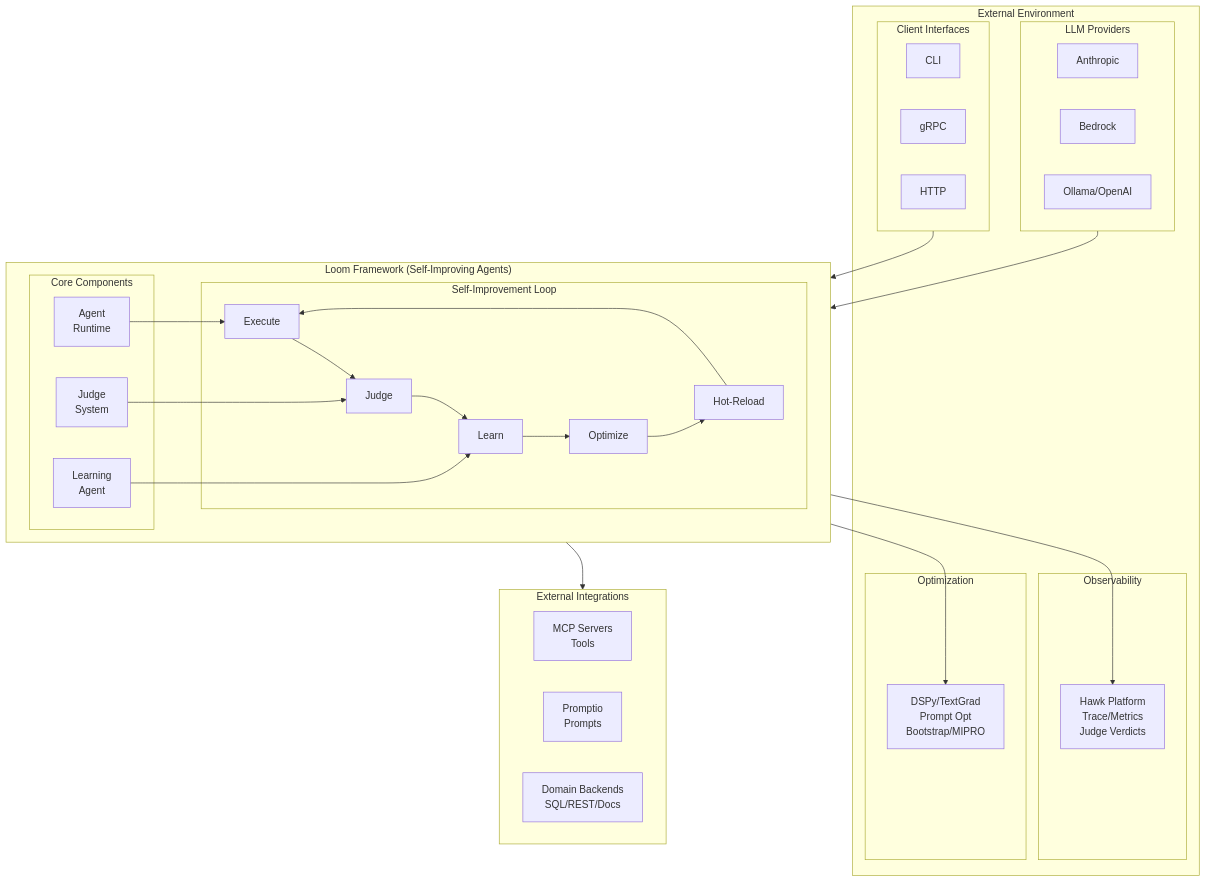
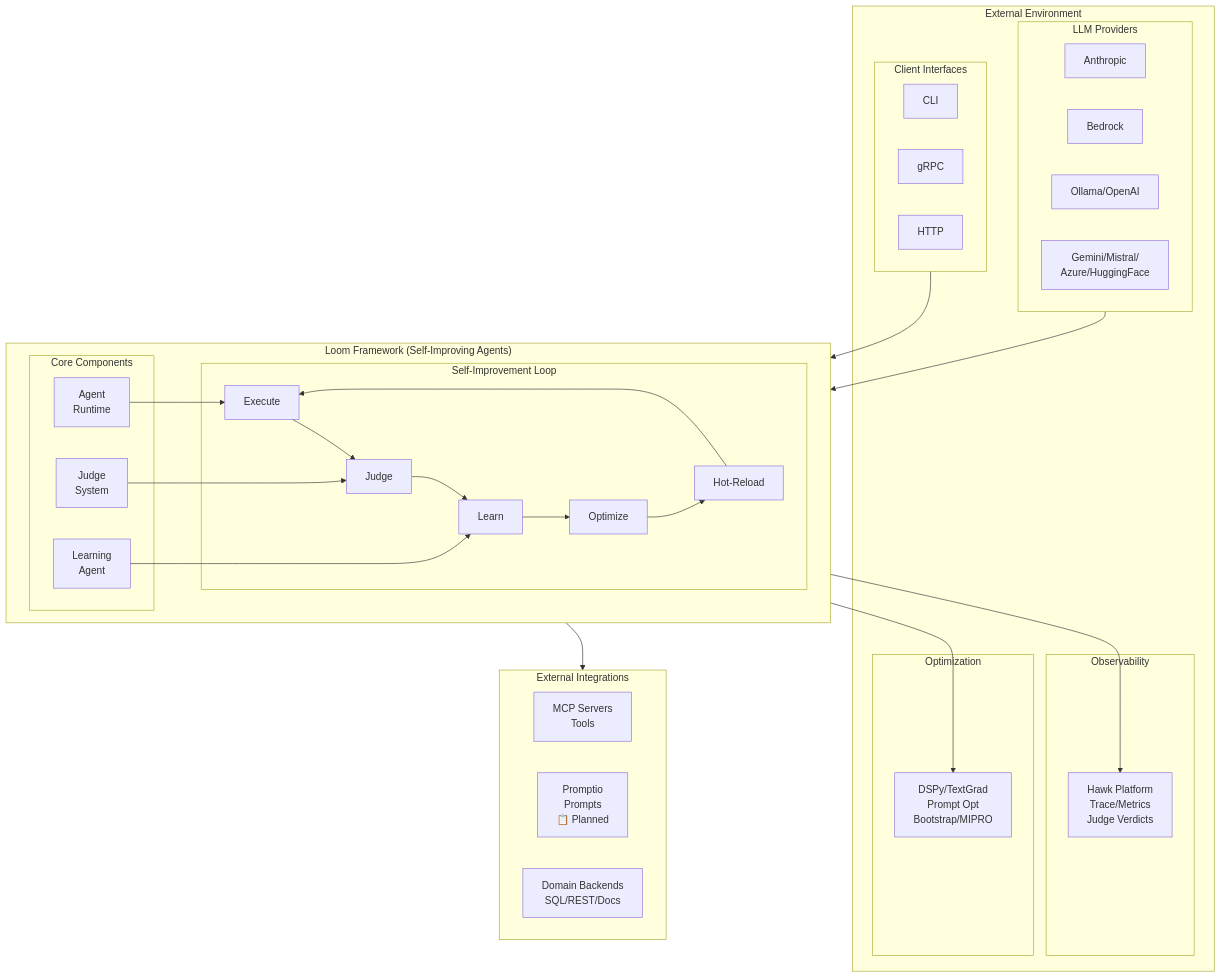
The first of 9 diagrams in docs/architecture/loom-system-architecture.md (teradata-labs/loom), drawn with Mermaid before and after one commit. The commit also changed other lines of this file and 151 other files, not shown here.

First line of the commit message:
feat: salience-driven graph memory system (#133)

````diff
--- a/docs/architecture/loom-system-architecture.md
+++ b/docs/architecture/loom-system-architecture.md
@@ -46,62 +46,63 @@
 ```mermaid
 graph TB
     subgraph External["External Environment"]
         subgraph Clients["Client Interfaces"]
             CLI[CLI]
             gRPC[gRPC]
             HTTP[HTTP]
         end
 
         subgraph LLMProviders["LLM Providers"]
             Anthropic[Anthropic]
             Bedrock[Bedrock]
             Ollama[Ollama/OpenAI]
+            Gemini[Gemini/Mistral/<br/>Azure/HuggingFace]
         end
 
         subgraph Observability["Observability"]
             Hawk[Hawk Platform<br/>Trace/Metrics<br/>Judge Verdicts]
         end
 
         subgraph Optimization["Optimization"]
             DSPy[DSPy/TextGrad<br/>Prompt Opt<br/>Bootstrap/MIPRO]
         end
     end
 
     subgraph Loom["Loom Framework (Self-Improving Agents)"]
         subgraph Core["Core Components"]
             AgentRuntime[Agent<br/>Runtime]
             JudgeSystem[Judge<br/>System]
             LearningAgent[Learning<br/>Agent]
         end
 
         subgraph Loop["Self-Improvement Loop"]
             Execute[Execute]
             Judge[Judge]
             Learn[Learn]
             Optimize[Optimize]
             HotReload[Hot-Reload]
 
             Execute --> Judge
             Judge --> Learn
             Learn --> Optimize
             Optimize --> HotReload
             HotReload --> Execute
         end
 
         AgentRuntime --> Execute
         JudgeSystem --> Judge
         LearningAgent --> Learn
     end
 
     subgraph Integrations["External Integrations"]
         MCP[MCP Servers<br/>Tools]
-        Promptio[Promptio<br/>Prompts]
+        Promptio[Promptio<br/>Prompts<br/>📋 Planned]
         Backends[Domain Backends<br/>SQL/REST/Docs]
     end
 
     Clients --> Loom
     LLMProviders --> Loom
     Loom --> Hawk
     Loom --> DSPy
     Loom --> Integrations
 ```
````
